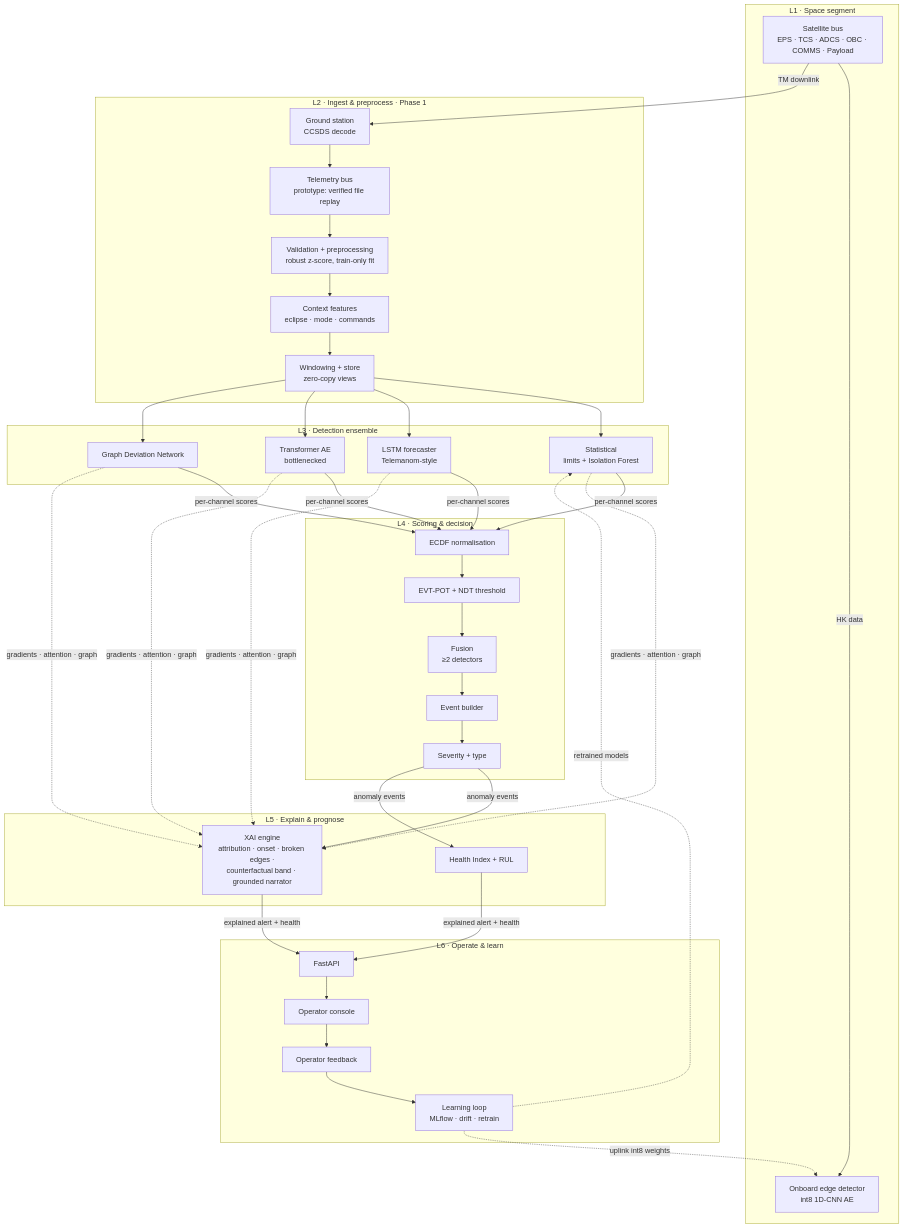
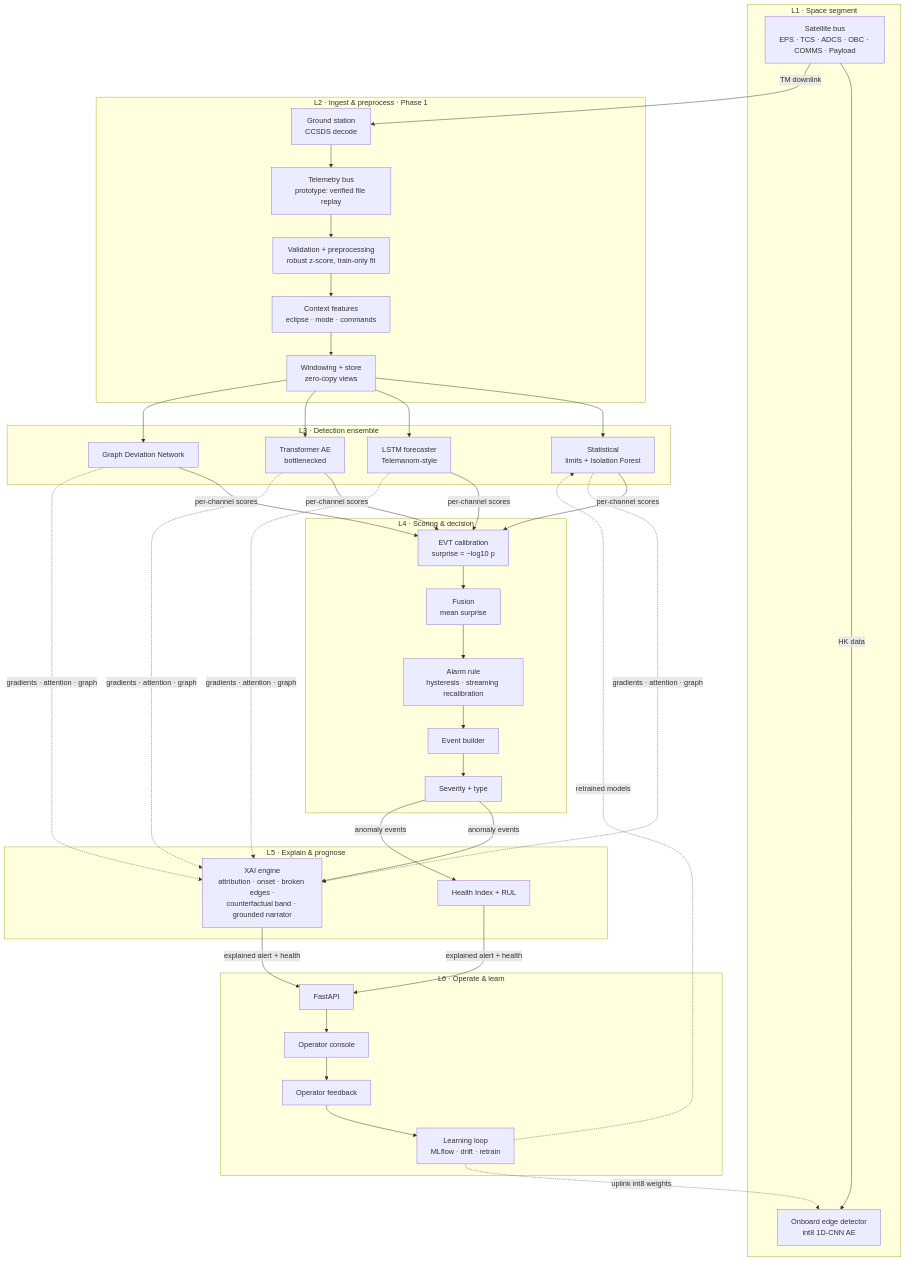
The diagram in docs/ARCHITECTURE.md (anurag-23werty/SatPred), drawn with Mermaid before and after one commit. The commit also changed other lines of this file and 2 other files, not shown here.

Commit message:
docs: mark Phase 4 complete in README, roadmap and architecture

````diff
--- a/docs/ARCHITECTURE.md
+++ b/docs/ARCHITECTURE.md
@@ -9,36 +10,36 @@
 ```mermaid
 flowchart TB
     subgraph L1[L1 · Space segment]
         BUS[Satellite bus<br/>EPS · TCS · ADCS · OBC · COMMS · Payload] -->|HK data| EDGE[Onboard edge detector<br/>int8 1D-CNN AE]
     end
     subgraph L2[L2 · Ingest & preprocess · Phase 1]
         GS[Ground station<br/>CCSDS decode] --> BUSQ[Telemetry bus<br/>prototype: verified file replay]
         BUSQ --> PRE[Validation + preprocessing<br/>robust z-score, train-only fit]
         PRE --> CTX[Context features<br/>eclipse · mode · commands]
         CTX --> WIN[Windowing + store<br/>zero-copy views]
     end
     subgraph L3[L3 · Detection ensemble]
         M1[Statistical<br/>limits + Isolation Forest]
         M2[LSTM forecaster<br/>Telemanom-style]
         M3[Transformer AE<br/>bottlenecked]
         M4[Graph Deviation Network]
     end
     subgraph L4[L4 · Scoring & decision]
-        NORM[ECDF normalisation] --> THR[EVT-POT + NDT threshold] --> FUSE[Fusion<br/>≥2 detectors] --> EVT[Event builder] --> SEV[Severity + type]
+        NORM[EVT calibration<br/>surprise = −log10 p] --> FUSE[Fusion<br/>mean surprise] --> THR[Alarm rule<br/>hysteresis · streaming recalibration] --> EVT[Event builder] --> SEV[Severity + type]
     end
     subgraph L5[L5 · Explain & prognose]
         XAI[XAI engine<br/>attribution · onset · broken edges ·<br/>counterfactual band · grounded narrator]
         HI[Health Index + RUL]
     end
     subgraph L6[L6 · Operate & learn]
         API[FastAPI] --> UI[Operator console] --> FB[Operator feedback] --> MLOPS[Learning loop<br/>MLflow · drift · retrain]
     end
     BUS -->|TM downlink| GS
     WIN --> M1 & M2 & M3 & M4
     M1 & M2 & M3 & M4 -->|per-channel scores| NORM
     M1 & M2 & M3 & M4 -. gradients · attention · graph .-> XAI
     SEV -->|anomaly events| XAI & HI
     XAI & HI -->|explained alert + health| API
     MLOPS -. retrained models .-> M1
     MLOPS -. uplink int8 weights .-> EDGE
 ```
````
